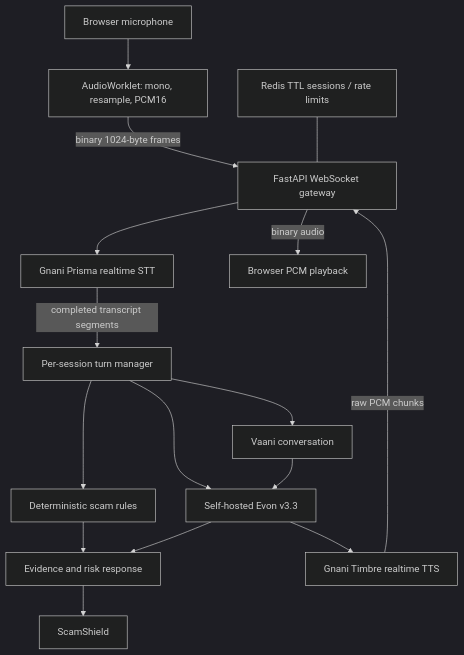
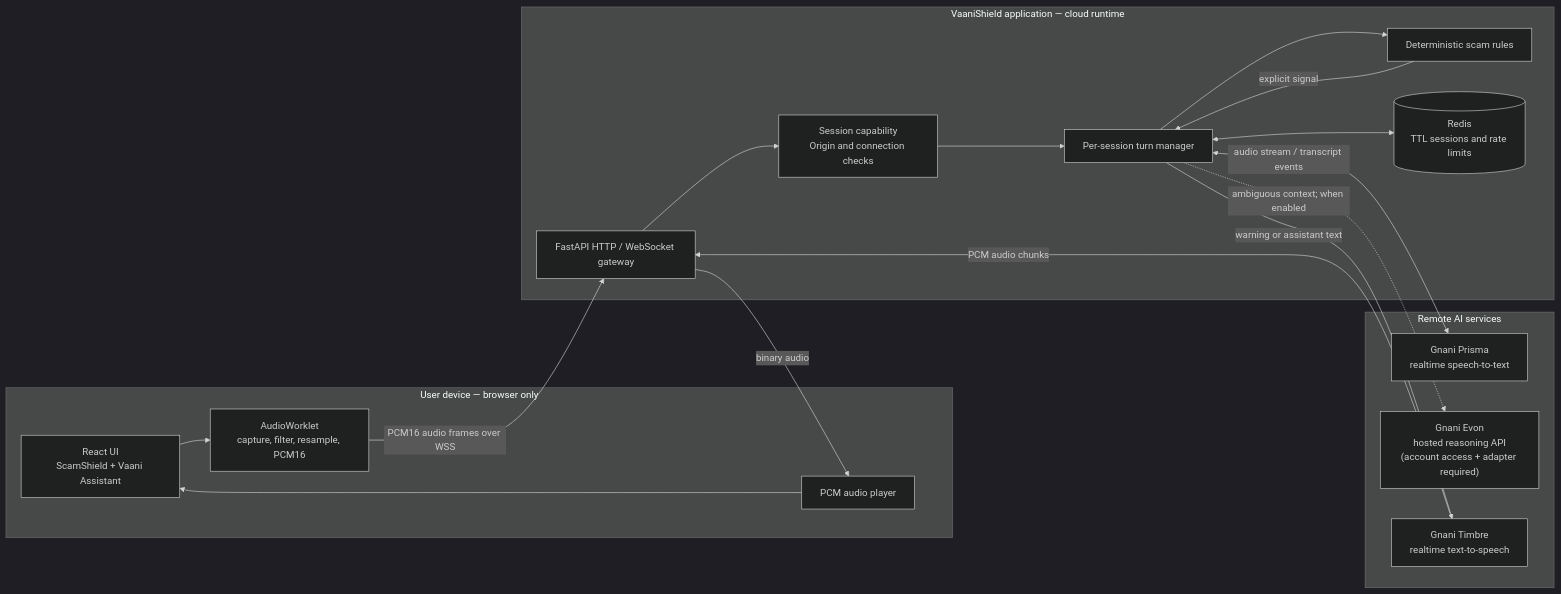
Before and after one commit to Bhaumik-99/gnani.ai-task: the first of 3 diagrams in README.md, drawn with Mermaid (dark theme). The commit also changed other lines of this file, not shown here.

First line of the commit message:
docs: refresh README with solution pitch and cloud architecture

````diff
--- a/README.md
+++ b/README.md
@@ -35,18 +54,35 @@
 ```mermaid
-flowchart TD
-  MIC[Browser microphone] --> AW[AudioWorklet: mono, resample, PCM16]
-  AW -->|binary 1024-byte frames| API[FastAPI WebSocket gateway]
-  API --> PR[Gnani Prisma realtime STT]
-  PR -->|completed transcript segments| TURN[Per-session turn manager]
-  TURN --> RULES[Deterministic scam rules]
-  TURN --> EVON[Self-hosted Evon v3.3]
-  RULES --> RISK[Evidence and risk response]
-  EVON --> RISK
-  RISK --> UI[ScamShield]
-  TURN --> ASSIST[Vaani conversation]
-  ASSIST --> EVON
-  EVON --> TIMBRE[Gnani Timbre realtime TTS]
-  TIMBRE -->|raw PCM chunks| API
-  API -->|binary audio| PLAYER[Browser PCM playback]
-  STORE[Redis TTL sessions / rate limits] --- API
+flowchart LR
+  subgraph CLIENT["User device — browser only"]
+    UI["React UI<br/>ScamShield + Vaani Assistant"]
+    CAP["AudioWorklet<br/>capture, filter, resample, PCM16"]
+    PLAY["PCM audio player"]
+    UI --> CAP
+    PLAY --> UI
+  end
+
+  subgraph APP["VaaniShield application — cloud runtime"]
+    GW["FastAPI HTTP / WebSocket gateway"]
+    AUTH["Session capability<br/>Origin and connection checks"]
+    TURN["Per-session turn manager"]
+    RULES["Deterministic scam rules"]
+    STORE[("Redis<br/>TTL sessions and rate limits")]
+    GW --> AUTH --> TURN
+    TURN --> RULES
+    TURN <--> STORE
+  end
+
+  subgraph PROVIDERS["Remote AI services"]
+    STT["Gnani Prisma<br/>realtime speech-to-text"]
+    LLM["Gnani Evon<br/>hosted reasoning API<br/>(account access + adapter required)"]
+    TTS["Gnani Timbre<br/>realtime text-to-speech"]
+  end
+
+  CAP -->|"PCM16 audio frames over WSS"| GW
+  TURN <-->|"audio stream / transcript events"| STT
+  RULES -->|"explicit signal"| TURN
+  TURN -.->|"ambiguous context; when enabled"| LLM
+  TURN -->|"warning or assistant text"| TTS
+  TTS -->|"PCM audio chunks"| GW
+  GW -->|"binary audio"| PLAY
 ```
````
